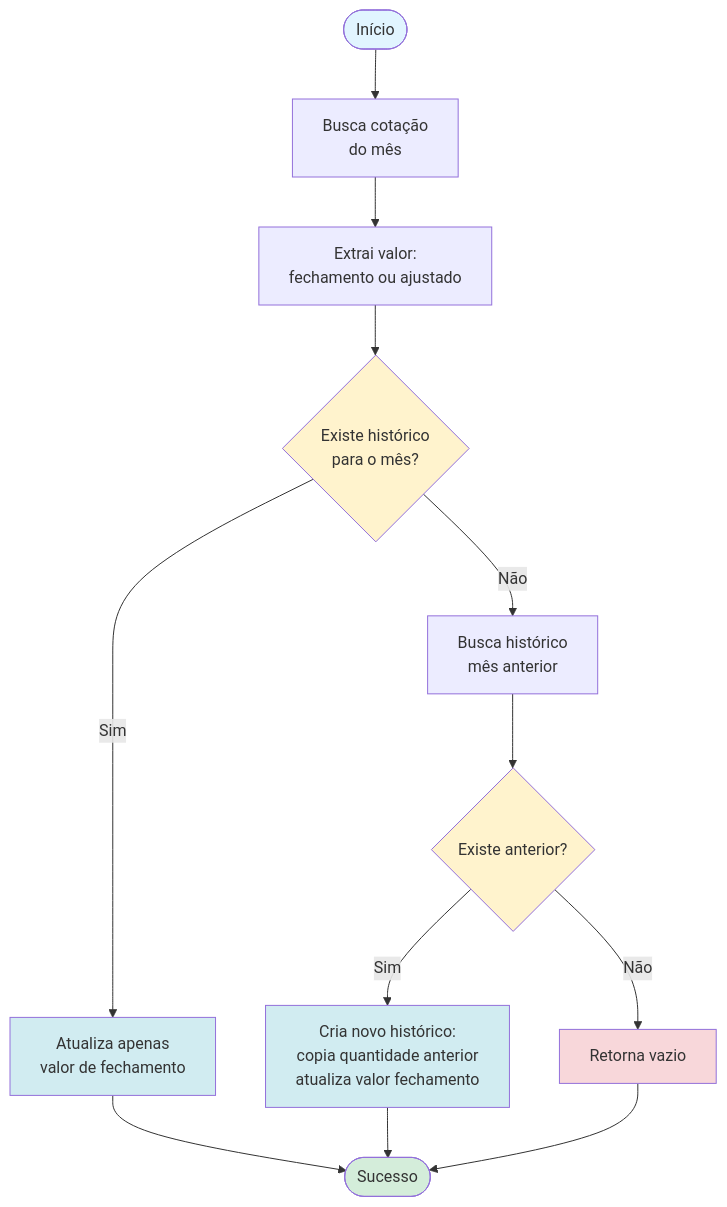
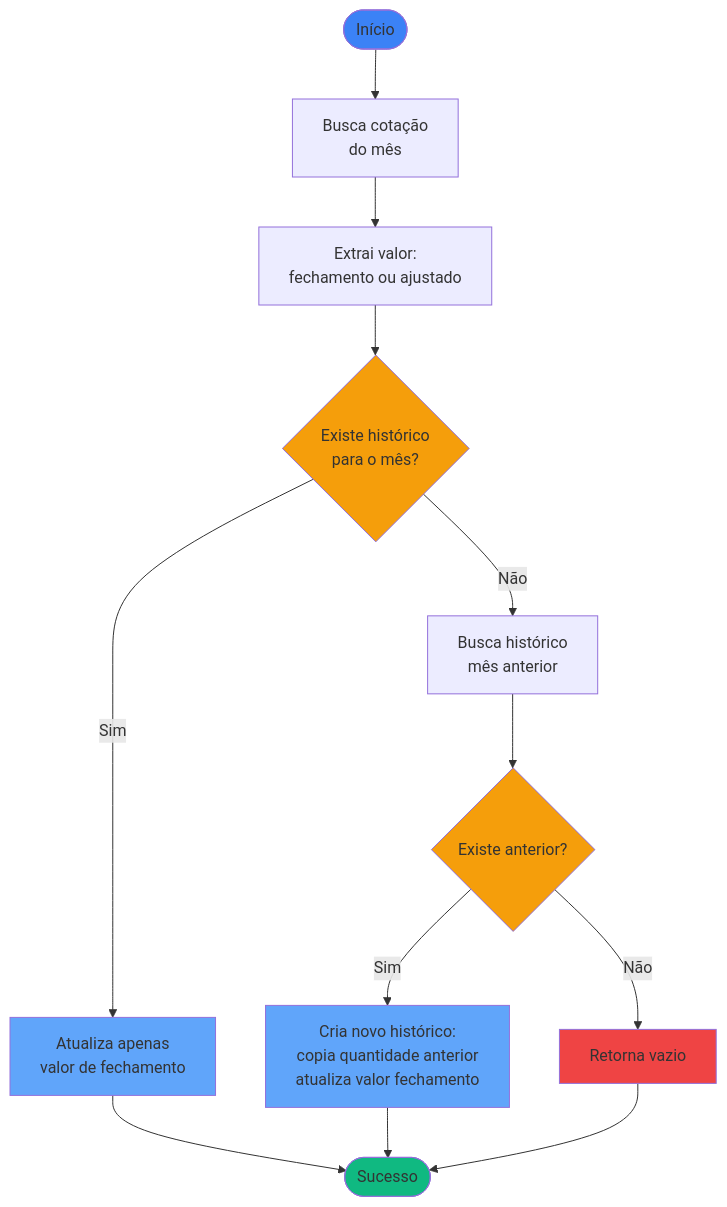
Before and after one commit to enirsilvaferraz/Investments-KMP: the third of 3 diagrams in docs/RN - Criar novo registro de histórico.md, drawn with Mermaid. The commit also changed other lines of this file, not shown here.

First line of the commit message:
docs: Update colors in Mermaid flowcharts

````diff
--- a/docs/RN - Criar novo registro de histórico.md
+++ b/docs/RN - Criar novo registro de histórico.md
@@ -92,25 +92,25 @@
 ```mermaid
 flowchart TD
     Start([Início]) --> Quote[Busca cotação<br/>do mês]
     Quote --> Extract[Extrai valor:<br/>fechamento ou ajustado]
     Extract --> Check{Existe histórico<br/>para o mês?}
     
     Check -->|Sim| Update[Atualiza apenas<br/>valor de fechamento]
     Check -->|Não| Previous[Busca histórico<br/>mês anterior]
     
     Previous --> HasPrev{Existe anterior?}
     HasPrev -->|Sim| Create[Cria novo histórico:<br/>copia quantidade anterior<br/>atualiza valor fechamento]
     HasPrev -->|Não| Fail[Retorna vazio]
     
     Update --> Success([Sucesso])
     Create --> Success
     Fail --> Success
     
-    style Start fill:#e1f5ff
-    style Success fill:#d4edda
-    style Check fill:#fff3cd
-    style HasPrev fill:#fff3cd
-    style Update fill:#d1ecf1
-    style Create fill:#d1ecf1
-    style Fail fill:#f8d7da
+    style Start fill:#3b82f6
+    style Success fill:#10b981
+    style Check fill:#f59e0b
+    style HasPrev fill:#f59e0b
+    style Update fill:#60a5fa
+    style Create fill:#60a5fa
+    style Fail fill:#ef4444
 ```
````
